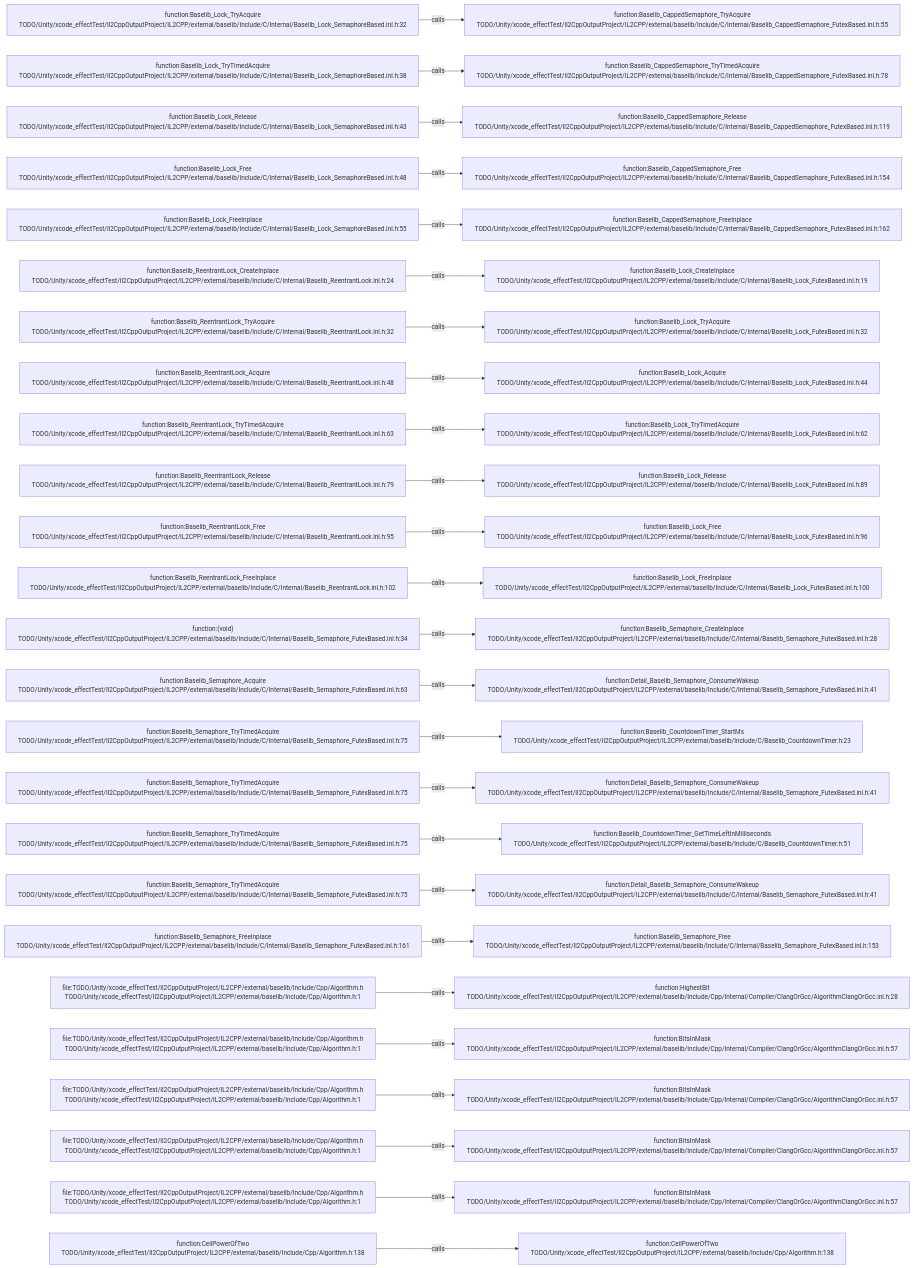
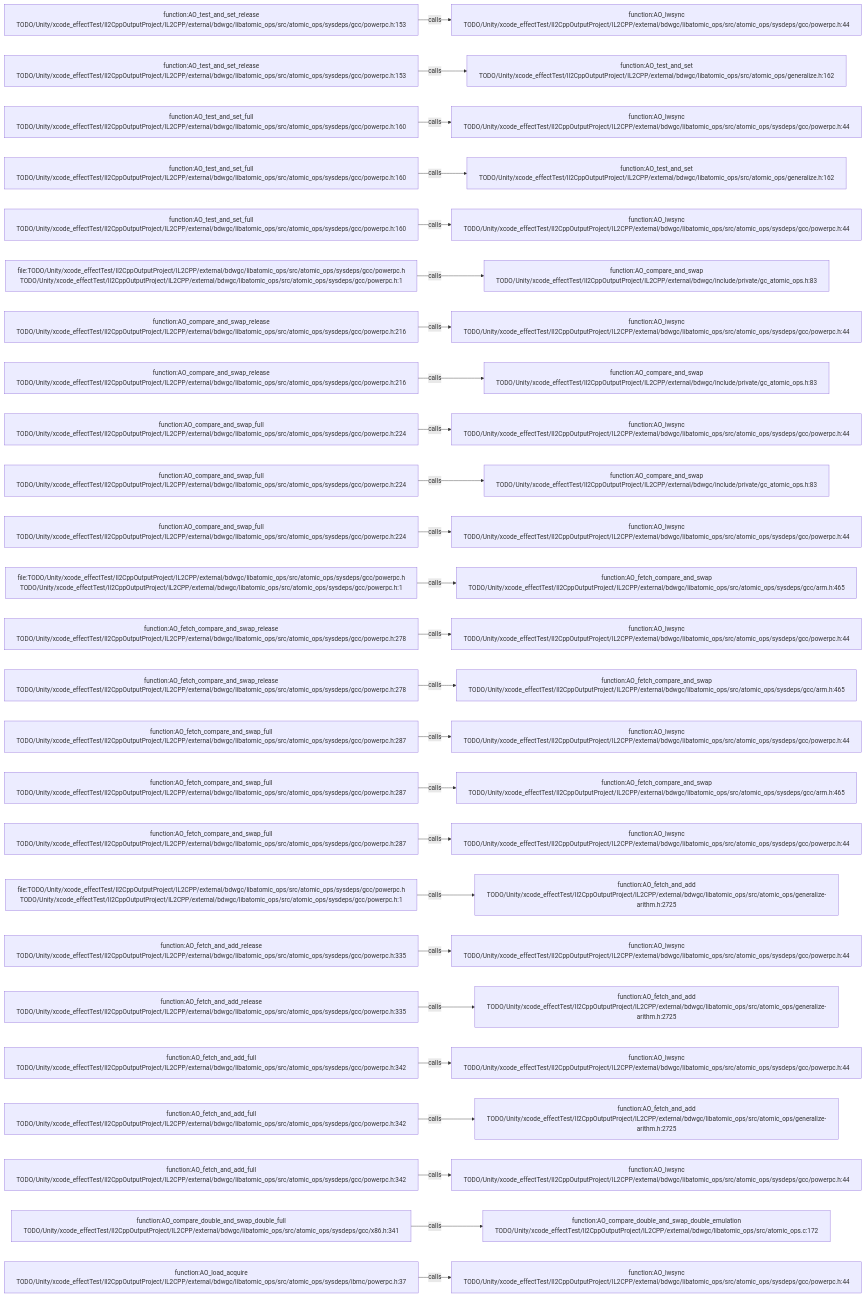
Before and after one commit to JobsKits/JobsSwiftBaseConfigDemo: the diagram in .codegraph/codegraph.md/graphs/calls-124.md, drawn with Mermaid. The commit also changed 227 other files, not shown here.

````diff
--- a/.codegraph/codegraph.md/graphs/calls-124.md
+++ b/.codegraph/codegraph.md/graphs/calls-124.md
@@ -13,78 +13,78 @@
 ```mermaid
 flowchart LR
-  S1["function:Baselib_Lock_TryAcquire<br/>TODO/Unity/xcode_effectTest/Il2CppOutputProject/IL2CPP/external/baselib/Include/C/Internal/Baselib_Lock_SemaphoreBased.inl.h:32"]
-  T1["function:Baselib_CappedSemaphore_TryAcquire<br/>TODO/Unity/xcode_effectTest/Il2CppOutputProject/IL2CPP/external/baselib/Include/C/Internal/Baselib_CappedSemaphore_FutexBased.inl.h:55"]
+  S1["function:AO_test_and_set_release<br/>TODO/Unity/xcode_effectTest/Il2CppOutputProject/IL2CPP/external/bdwgc/libatomic_ops/src/atomic_ops/sysdeps/gcc/powerpc.h:153"]
+  T1["function:AO_lwsync<br/>TODO/Unity/xcode_effectTest/Il2CppOutputProject/IL2CPP/external/bdwgc/libatomic_ops/src/atomic_ops/sysdeps/gcc/powerpc.h:44"]
   S1 -->|calls| T1
-  S2["function:Baselib_Lock_TryTimedAcquire<br/>TODO/Unity/xcode_effectTest/Il2CppOutputProject/IL2CPP/external/baselib/Include/C/Internal/Baselib_Lock_SemaphoreBased.inl.h:38"]
-  T2["function:Baselib_CappedSemaphore_TryTimedAcquire<br/>TODO/Unity/xcode_effectTest/Il2CppOutputProject/IL2CPP/external/baselib/Include/C/Internal/Baselib_CappedSemaphore_FutexBased.inl.h:78"]
+  S2["function:AO_test_and_set_release<br/>TODO/Unity/xcode_effectTest/Il2CppOutputProject/IL2CPP/external/bdwgc/libatomic_ops/src/atomic_ops/sysdeps/gcc/powerpc.h:153"]
+  T2["function:AO_test_and_set<br/>TODO/Unity/xcode_effectTest/Il2CppOutputProject/IL2CPP/external/bdwgc/libatomic_ops/src/atomic_ops/generalize.h:162"]
   S2 -->|calls| T2
-  S3["function:Baselib_Lock_Release<br/>TODO/Unity/xcode_effectTest/Il2CppOutputProject/IL2CPP/external/baselib/Include/C/Internal/Baselib_Lock_SemaphoreBased.inl.h:43"]
-  T3["function:Baselib_CappedSemaphore_Release<br/>TODO/Unity/xcode_effectTest/Il2CppOutputProject/IL2CPP/external/baselib/Include/C/Internal/Baselib_CappedSemaphore_FutexBased.inl.h:119"]
+  S3["function:AO_test_and_set_full<br/>TODO/Unity/xcode_effectTest/Il2CppOutputProject/IL2CPP/external/bdwgc/libatomic_ops/src/atomic_ops/sysdeps/gcc/powerpc.h:160"]
+  T3["function:AO_lwsync<br/>TODO/Unity/xcode_effectTest/Il2CppOutputProject/IL2CPP/external/bdwgc/libatomic_ops/src/atomic_ops/sysdeps/gcc/powerpc.h:44"]
   S3 -->|calls| T3
-  S4["function:Baselib_Lock_Free<br/>TODO/Unity/xcode_effectTest/Il2CppOutputProject/IL2CPP/external/baselib/Include/C/Internal/Baselib_Lock_SemaphoreBased.inl.h:48"]
-  T4["function:Baselib_CappedSemaphore_Free<br/>TODO/Unity/xcode_effectTest/Il2CppOutputProject/IL2CPP/external/baselib/Include/C/Internal/Baselib_CappedSemaphore_FutexBased.inl.h:154"]
+  S4["function:AO_test_and_set_full<br/>TODO/Unity/xcode_effectTest/Il2CppOutputProject/IL2CPP/external/bdwgc/libatomic_ops/src/atomic_ops/sysdeps/gcc/powerpc.h:160"]
+  T4["function:AO_test_and_set<br/>TODO/Unity/xcode_effectTest/Il2CppOutputProject/IL2CPP/external/bdwgc/libatomic_ops/src/atomic_ops/generalize.h:162"]
   S4 -->|calls| T4
-  S5["function:Baselib_Lock_FreeInplace<br/>TODO/Unity/xcode_effectTest/Il2CppOutputProject/IL2CPP/external/baselib/Include/C/Internal/Baselib_Lock_SemaphoreBased.inl.h:55"]
-  T5["function:Baselib_CappedSemaphore_FreeInplace<br/>TODO/Unity/xcode_effectTest/Il2CppOutputProject/IL2CPP/external/baselib/Include/C/Internal/Baselib_CappedSemaphore_FutexBased.inl.h:162"]
+  S5["function:AO_test_and_set_full<br/>TODO/Unity/xcode_effectTest/Il2CppOutputProject/IL2CPP/external/bdwgc/libatomic_ops/src/atomic_ops/sysdeps/gcc/powerpc.h:160"]
+  T5["function:AO_lwsync<br/>TODO/Unity/xcode_effectTest/Il2CppOutputProject/IL2CPP/external/bdwgc/libatomic_ops/src/atomic_ops/sysdeps/gcc/powerpc.h:44"]
   S5 -->|calls| T5
-  S6["function:Baselib_ReentrantLock_CreateInplace<br/>TODO/Unity/xcode_effectTest/Il2CppOutputProject/IL2CPP/external/baselib/Include/C/Internal/Baselib_ReentrantLock.inl.h:24"]
-  T6["function:Baselib_Lock_CreateInplace<br/>TODO/Unity/xcode_effectTest/Il2CppOutputProject/IL2CPP/external/baselib/Include/C/Internal/Baselib_Lock_FutexBased.inl.h:19"]
+  S6["file:TODO/Unity/xcode_effectTest/Il2CppOutputProject/IL2CPP/external/bdwgc/libatomic_ops/src/atomic_ops/sysdeps/gcc/powerpc.h<br/>TODO/Unity/xcode_effectTest/Il2CppOutputProject/IL2CPP/external/bdwgc/libatomic_ops/src/atomic_ops/sysdeps/gcc/powerpc.h:1"]
+  T6["function:AO_compare_and_swap<br/>TODO/Unity/xcode_effectTest/Il2CppOutputProject/IL2CPP/external/bdwgc/include/private/gc_atomic_ops.h:83"]
   S6 -->|calls| T6
-  S7["function:Baselib_ReentrantLock_TryAcquire<br/>TODO/Unity/xcode_effectTest/Il2CppOutputProject/IL2CPP/external/baselib/Include/C/Internal/Baselib_ReentrantLock.inl.h:32"]
-  T7["function:Baselib_Lock_TryAcquire<br/>TODO/Unity/xcode_effectTest/Il2CppOutputProject/IL2CPP/external/baselib/Include/C/Internal/Baselib_Lock_FutexBased.inl.h:32"]
+  S7["function:AO_compare_and_swap_release<br/>TODO/Unity/xcode_effectTest/Il2CppOutputProject/IL2CPP/external/bdwgc/libatomic_ops/src/atomic_ops/sysdeps/gcc/powerpc.h:216"]
+  T7["function:AO_lwsync<br/>TODO/Unity/xcode_effectTest/Il2CppOutputProject/IL2CPP/external/bdwgc/libatomic_ops/src/atomic_ops/sysdeps/gcc/powerpc.h:44"]
   S7 -->|calls| T7
-  S8["function:Baselib_ReentrantLock_Acquire<br/>TODO/Unity/xcode_effectTest/Il2CppOutputProject/IL2CPP/external/baselib/Include/C/Internal/Baselib_ReentrantLock.inl.h:48"]
-  T8["function:Baselib_Lock_Acquire<br/>TODO/Unity/xcode_effectTest/Il2CppOutputProject/IL2CPP/external/baselib/Include/C/Internal/Baselib_Lock_FutexBased.inl.h:44"]
+  S8["function:AO_compare_and_swap_release<br/>TODO/Unity/xcode_effectTest/Il2CppOutputProject/IL2CPP/external/bdwgc/libatomic_ops/src/atomic_ops/sysdeps/gcc/powerpc.h:216"]
+  T8["function:AO_compare_and_swap<br/>TODO/Unity/xcode_effectTest/Il2CppOutputProject/IL2CPP/external/bdwgc/include/private/gc_atomic_ops.h:83"]
   S8 -->|calls| T8
-  S9["function:Baselib_ReentrantLock_TryTimedAcquire<br/>TODO/Unity/xcode_effectTest/Il2CppOutputProject/IL2CPP/external/baselib/Include/C/Internal/Baselib_ReentrantLock.inl.h:63"]
-  T9["function:Baselib_Lock_TryTimedAcquire<br/>TODO/Unity/xcode_effectTest/Il2CppOutputProject/IL2CPP/external/baselib/Include/C/Internal/Baselib_Lock_FutexBased.inl.h:62"]
+  S9["function:AO_compare_and_swap_full<br/>TODO/Unity/xcode_effectTest/Il2CppOutputProject/IL2CPP/external/bdwgc/libatomic_ops/src/atomic_ops/sysdeps/gcc/powerpc.h:224"]
+  T9["function:AO_lwsync<br/>TODO/Unity/xcode_effectTest/Il2CppOutputProject/IL2CPP/external/bdwgc/libatomic_ops/src/atomic_ops/sysdeps/gcc/powerpc.h:44"]
   S9 -->|calls| T9
-  S10["function:Baselib_ReentrantLock_Release<br/>TODO/Unity/xcode_effectTest/Il2CppOutputProject/IL2CPP/external/baselib/Include/C/Internal/Baselib_ReentrantLock.inl.h:79"]
-  T10["function:Baselib_Lock_Release<br/>TODO/Unity/xcode_effectTest/Il2CppOutputProject/IL2CPP/external/baselib/Include/C/Internal/Baselib_Lock_FutexBased.inl.h:89"]
+  S10["function:AO_compare_and_swap_full<br/>TODO/Unity/xcode_effectTest/Il2CppOutputProject/IL2CPP/external/bdwgc/libatomic_ops/src/atomic_ops/sysdeps/gcc/powerpc.h:224"]
+  T10["function:AO_compare_and_swap<br/>TODO/Unity/xcode_effectTest/Il2CppOutputProject/IL2CPP/external/bdwgc/include/private/gc_atomic_ops.h:83"]
   S10 -->|calls| T10
-  S11["function:Baselib_ReentrantLock_Free<br/>TODO/Unity/xcode_effectTest/Il2CppOutputProject/IL2CPP/external/baselib/Include/C/Internal/Baselib_ReentrantLock.inl.h:95"]
-  T11["function:Baselib_Lock_Free<br/>TODO/Unity/xcode_effectTest/Il2CppOutputProject/IL2CPP/external/baselib/Include/C/Internal/Baselib_Lock_FutexBased.inl.h:96"]
+  S11["function:AO_compare_and_swap_full<br/>TODO/Unity/xcode_effectTest/Il2CppOutputProject/IL2CPP/external/bdwgc/libatomic_ops/src/atomic_ops/sysdeps/gcc/powerpc.h:224"]
+  T11["function:AO_lwsync<br/>TODO/Unity/xcode_effectTest/Il2CppOutputProject/IL2CPP/external/bdwgc/libatomic_ops/src/atomic_ops/sysdeps/gcc/powerpc.h:44"]
   S11 -->|calls| T11
-  S12["function:Baselib_ReentrantLock_FreeInplace<br/>TODO/Unity/xcode_effectTest/Il2CppOutputProject/IL2CPP/external/baselib/Include/C/Internal/Baselib_ReentrantLock.inl.h:102"]
-  T12["function:Baselib_Lock_FreeInplace<br/>TODO/Unity/xcode_effectTest/Il2CppOutputProject/IL2CPP/external/baselib/Include/C/Internal/Baselib_Lock_FutexBased.inl.h:100"]
+  S12["file:TODO/Unity/xcode_effectTest/Il2CppOutputProject/IL2CPP/external/bdwgc/libatomic_ops/src/atomic_ops/sysdeps/gcc/powerpc.h<br/>TODO/Unity/xcode_effectTest/Il2CppOutputProject/IL2CPP/external/bdwgc/libatomic_ops/src/atomic_ops/sysdeps/gcc/powerpc.h:1"]
+  T12["function:AO_fetch_compare_and_swap<br/>TODO/Unity/xcode_effectTest/Il2CppOutputProject/IL2CPP/external/bdwgc/libatomic_ops/src/atomic_ops/sysdeps/gcc/arm.h:465"]
   S12 -->|calls| T12
-  S13["function:(void)<br/>TODO/Unity/xcode_effectTest/Il2CppOutputProject/IL2CPP/external/baselib/Include/C/Internal/Baselib_Semaphore_FutexBased.inl.h:34"]
-  T13["function:Baselib_Semaphore_CreateInplace<br/>TODO/Unity/xcode_effectTest/Il2CppOutputProject/IL2CPP/external/baselib/Include/C/Internal/Baselib_Semaphore_FutexBased.inl.h:28"]
+  S13["function:AO_fetch_compare_and_swap_release<br/>TODO/Unity/xcode_effectTest/Il2CppOutputProject/IL2CPP/external/bdwgc/libatomic_ops/src/atomic_ops/sysdeps/gcc/powerpc.h:278"]
+  T13["function:AO_lwsync<br/>TODO/Unity/xcode_effectTest/Il2CppOutputProject/IL2CPP/external/bdwgc/libatomic_ops/src/atomic_ops/sysdeps/gcc/powerpc.h:44"]
   S13 -->|calls| T13
-  S14["function:Baselib_Semaphore_Acquire<br/>TODO/Unity/xcode_effectTest/Il2CppOutputProject/IL2CPP/external/baselib/Include/C/Internal/Baselib_Semaphore_FutexBased.inl.h:63"]
-  T14["function:Detail_Baselib_Semaphore_ConsumeWakeup<br/>TODO/Unity/xcode_effectTest/Il2CppOutputProject/IL2CPP/external/baselib/Include/C/Internal/Baselib_Semaphore_FutexBased.inl.h:41"]
+  S14["function:AO_fetch_compare_and_swap_release<br/>TODO/Unity/xcode_effectTest/Il2CppOutputProject/IL2CPP/external/bdwgc/libatomic_ops/src/atomic_ops/sysdeps/gcc/powerpc.h:278"]
+  T14["function:AO_fetch_compare_and_swap<br/>TODO/Unity/xcode_effectTest/Il2CppOutputProject/IL2CPP/external/bdwgc/libatomic_ops/src/atomic_ops/sysdeps/gcc/arm.h:465"]
   S14 -->|calls| T14
-  S15["function:Baselib_Semaphore_TryTimedAcquire<br/>TODO/Unity/xcode_effectTest/Il2CppOutputProject/IL2CPP/external/baselib/Include/C/Internal/Baselib_Semaphore_FutexBased.inl.h:75"]
-  T15["function:Baselib_CountdownTimer_StartMs<br/>TODO/Unity/xcode_effectTest/Il2CppOutputProject/IL2CPP/external/baselib/Include/C/Baselib_CountdownTimer.h:23"]
+  S15["function:AO_fetch_compare_and_swap_full<br/>TODO/Unity/xcode_effectTest/Il2CppOutputProject/IL2CPP/external/bdwgc/libatomic_ops/src/atomic_ops/sysdeps/gcc/powerpc.h:287"]
+  T15["function:AO_lwsync<br/>TODO/Unity/xcode_effectTest/Il2CppOutputProject/IL2CPP/external/bdwgc/libatomic_ops/src/atomic_ops/sysdeps/gcc/powerpc.h:44"]
   S15 -->|calls| T15
-  S16["function:Baselib_Semaphore_TryTimedAcquire<br/>TODO/Unity/xcode_effectTest/Il2CppOutputProject/IL2CPP/external/baselib/Include/C/Internal/Baselib_Semaphore_FutexBased.inl.h:75"]
-  T16["function:Detail_Baselib_Semaphore_ConsumeWakeup<br/>TODO/Unity/xcode_effectTest/Il2CppOutputProject/IL2CPP/external/baselib/Include/C/Internal/Baselib_Semaphore_FutexBased.inl.h:41"]
+  S16["function:AO_fetch_compare_and_swap_full<br/>TODO/Unity/xcode_effectTest/Il2CppOutputProject/IL2CPP/external/bdwgc/libatomic_ops/src/atomic_ops/sysdeps/gcc/powerpc.h:287"]
+  T16["function:AO_fetch_compare_and_swap<br/>TODO/Unity/xcode_effectTest/Il2CppOutputProject/IL2CPP/external/bdwgc/libatomic_ops/src/atomic_ops/sysdeps/gcc/arm.h:465"]
   S16 -->|calls| T16
-  S17["function:Baselib_Semaphore_TryTimedAcquire<br/>TODO/Unity/xcode_effectTest/Il2CppOutputProject/IL2CPP/external/baselib/Include/C/Internal/Baselib_Semaphore_FutexBased.inl.h:75"]
-  T17["function:Baselib_CountdownTimer_GetTimeLeftInMilliseconds<br/>TODO/Unity/xcode_effectTest/Il2CppOutputProject/IL2CPP/external/baselib/Include/C/Baselib_CountdownTimer.h:51"]
+  S17["function:AO_fetch_compare_and_swap_full<br/>TODO/Unity/xcode_effectTest/Il2CppOutputProject/IL2CPP/external/bdwgc/libatomic_ops/src/atomic_ops/sysdeps/gcc/powerpc.h:287"]
+  T17["function:AO_lwsync<br/>TODO/Unity/xcode_effectTest/Il2CppOutputProject/IL2CPP/external/bdwgc/libatomic_ops/src/atomic_ops/sysdeps/gcc/powerpc.h:44"]
   S17 -->|calls| T17
-  S18["function:Baselib_Semaphore_TryTimedAcquire<br/>TODO/Unity/xcode_effectTest/Il2CppOutputProject/IL2CPP/external/baselib/Include/C/Internal/Baselib_Semaphore_FutexBased.inl.h:75"]
-  T18["function:Detail_Baselib_Semaphore_ConsumeWakeup<br/>TODO/Unity/xcode_effectTest/Il2CppOutputProject/IL2CPP/external/baselib/Include/C/Internal/Baselib_Semaphore_FutexBased.inl.h:41"]
+  S18["file:TODO/Unity/xcode_effectTest/Il2CppOutputProject/IL2CPP/external/bdwgc/libatomic_ops/src/atomic_ops/sysdeps/gcc/powerpc.h<br/>TODO/Unity/xcode_effectTest/Il2CppOutputProject/IL2CPP/external/bdwgc/libatomic_ops/src/atomic_ops/sysdeps/gcc/powerpc.h:1"]
+  T18["function:AO_fetch_and_add<br/>TODO/Unity/xcode_effectTest/Il2CppOutputProject/IL2CPP/external/bdwgc/libatomic_ops/src/atomic_ops/generalize-arithm.h:2725"]
   S18 -->|calls| T18
-  S19["function:Baselib_Semaphore_FreeInplace<br/>TODO/Unity/xcode_effectTest/Il2CppOutputProject/IL2CPP/external/baselib/Include/C/Internal/Baselib_Semaphore_FutexBased.inl.h:161"]
-  T19["function:Baselib_Semaphore_Free<br/>TODO/Unity/xcode_effectTest/Il2CppOutputProject/IL2CPP/external/baselib/Include/C/Internal/Baselib_Semaphore_FutexBased.inl.h:153"]
+  S19["function:AO_fetch_and_add_release<br/>TODO/Unity/xcode_effectTest/Il2CppOutputProject/IL2CPP/external/bdwgc/libatomic_ops/src/atomic_ops/sysdeps/gcc/powerpc.h:335"]
+  T19["function:AO_lwsync<br/>TODO/Unity/xcode_effectTest/Il2CppOutputProject/IL2CPP/external/bdwgc/libatomic_ops/src/atomic_ops/sysdeps/gcc/powerpc.h:44"]
   S19 -->|calls| T19
-  S20["file:TODO/Unity/xcode_effectTest/Il2CppOutputProject/IL2CPP/external/baselib/Include/Cpp/Algorithm.h<br/>TODO/Unity/xcode_effectTest/Il2CppOutputProject/IL2CPP/external/baselib/Include/Cpp/Algorithm.h:1"]
-  T20["function:HighestBit<br/>TODO/Unity/xcode_effectTest/Il2CppOutputProject/IL2CPP/external/baselib/Include/Cpp/Internal/Compiler/ClangOrGcc/AlgorithmClangOrGcc.inl.h:28"]
+  S20["function:AO_fetch_and_add_release<br/>TODO/Unity/xcode_effectTest/Il2CppOutputProject/IL2CPP/external/bdwgc/libatomic_ops/src/atomic_ops/sysdeps/gcc/powerpc.h:335"]
+  T20["function:AO_fetch_and_add<br/>TODO/Unity/xcode_effectTest/Il2CppOutputProject/IL2CPP/external/bdwgc/libatomic_ops/src/atomic_ops/generalize-arithm.h:2725"]
   S20 -->|calls| T20
-  S21["file:TODO/Unity/xcode_effectTest/Il2CppOutputProject/IL2CPP/external/baselib/Include/Cpp/Algorithm.h<br/>TODO/Unity/xcode_effectTest/Il2CppOutputProject/IL2CPP/external/baselib/Include/Cpp/Algorithm.h:1"]
-  T21["function:BitsInMask<br/>TODO/Unity/xcode_effectTest/Il2CppOutputProject/IL2CPP/external/baselib/Include/Cpp/Internal/Compiler/ClangOrGcc/AlgorithmClangOrGcc.inl.h:57"]
+  S21["function:AO_fetch_and_add_full<br/>TODO/Unity/xcode_effectTest/Il2CppOutputProject/IL2CPP/external/bdwgc/libatomic_ops/src/atomic_ops/sysdeps/gcc/powerpc.h:342"]
+  T21["function:AO_lwsync<br/>TODO/Unity/xcode_effectTest/Il2CppOutputProject/IL2CPP/external/bdwgc/libatomic_ops/src/atomic_ops/sysdeps/gcc/powerpc.h:44"]
   S21 -->|calls| T21
-  S22["file:TODO/Unity/xcode_effectTest/Il2CppOutputProject/IL2CPP/external/baselib/Include/Cpp/Algorithm.h<br/>TODO/Unity/xcode_effectTest/Il2CppOutputProject/IL2CPP/external/baselib/Include/Cpp/Algorithm.h:1"]
-  T22["function:BitsInMask<br/>TODO/Unity/xcode_effectTest/Il2CppOutputProject/IL2CPP/external/baselib/Include/Cpp/Internal/Compiler/ClangOrGcc/AlgorithmClangOrGcc.inl.h:57"]
+  S22["function:AO_fetch_and_add_full<br/>TODO/Unity/xcode_effectTest/Il2CppOutputProject/IL2CPP/external/bdwgc/libatomic_ops/src/atomic_ops/sysdeps/gcc/powerpc.h:342"]
+  T22["function:AO_fetch_and_add<br/>TODO/Unity/xcode_effectTest/Il2CppOutputProject/IL2CPP/external/bdwgc/libatomic_ops/src/atomic_ops/generalize-arithm.h:2725"]
   S22 -->|calls| T22
-  S23["file:TODO/Unity/xcode_effectTest/Il2CppOutputProject/IL2CPP/external/baselib/Include/Cpp/Algorithm.h<br/>TODO/Unity/xcode_effectTest/Il2CppOutputProject/IL2CPP/external/baselib/Include/Cpp/Algorithm.h:1"]
-  T23["function:BitsInMask<br/>TODO/Unity/xcode_effectTest/Il2CppOutputProject/IL2CPP/external/baselib/Include/Cpp/Internal/Compiler/ClangOrGcc/AlgorithmClangOrGcc.inl.h:57"]
+  S23["function:AO_fetch_and_add_full<br/>TODO/Unity/xcode_effectTest/Il2CppOutputProject/IL2CPP/external/bdwgc/libatomic_ops/src/atomic_ops/sysdeps/gcc/powerpc.h:342"]
+  T23["function:AO_lwsync<br/>TODO/Unity/xcode_effectTest/Il2CppOutputProject/IL2CPP/external/bdwgc/libatomic_ops/src/atomic_ops/sysdeps/gcc/powerpc.h:44"]
   S23 -->|calls| T23
-  S24["file:TODO/Unity/xcode_effectTest/Il2CppOutputProject/IL2CPP/external/baselib/Include/Cpp/Algorithm.h<br/>TODO/Unity/xcode_effectTest/Il2CppOutputProject/IL2CPP/external/baselib/Include/Cpp/Algorithm.h:1"]
-  T24["function:BitsInMask<br/>TODO/Unity/xcode_effectTest/Il2CppOutputProject/IL2CPP/external/baselib/Include/Cpp/Internal/Compiler/ClangOrGcc/AlgorithmClangOrGcc.inl.h:57"]
+  S24["function:AO_compare_double_and_swap_double_full<br/>TODO/Unity/xcode_effectTest/Il2CppOutputProject/IL2CPP/external/bdwgc/libatomic_ops/src/atomic_ops/sysdeps/gcc/x86.h:341"]
+  T24["function:AO_compare_double_and_swap_double_emulation<br/>TODO/Unity/xcode_effectTest/Il2CppOutputProject/IL2CPP/external/bdwgc/libatomic_ops/src/atomic_ops.c:172"]
   S24 -->|calls| T24
-  S25["function:CeilPowerOfTwo<br/>TODO/Unity/xcode_effectTest/Il2CppOutputProject/IL2CPP/external/baselib/Include/Cpp/Algorithm.h:138"]
-  T25["function:CeilPowerOfTwo<br/>TODO/Unity/xcode_effectTest/Il2CppOutputProject/IL2CPP/external/baselib/Include/Cpp/Algorithm.h:138"]
+  S25["function:AO_load_acquire<br/>TODO/Unity/xcode_effectTest/Il2CppOutputProject/IL2CPP/external/bdwgc/libatomic_ops/src/atomic_ops/sysdeps/ibmc/powerpc.h:37"]
+  T25["function:AO_lwsync<br/>TODO/Unity/xcode_effectTest/Il2CppOutputProject/IL2CPP/external/bdwgc/libatomic_ops/src/atomic_ops/sysdeps/gcc/powerpc.h:44"]
   S25 -->|calls| T25
 ```
````
